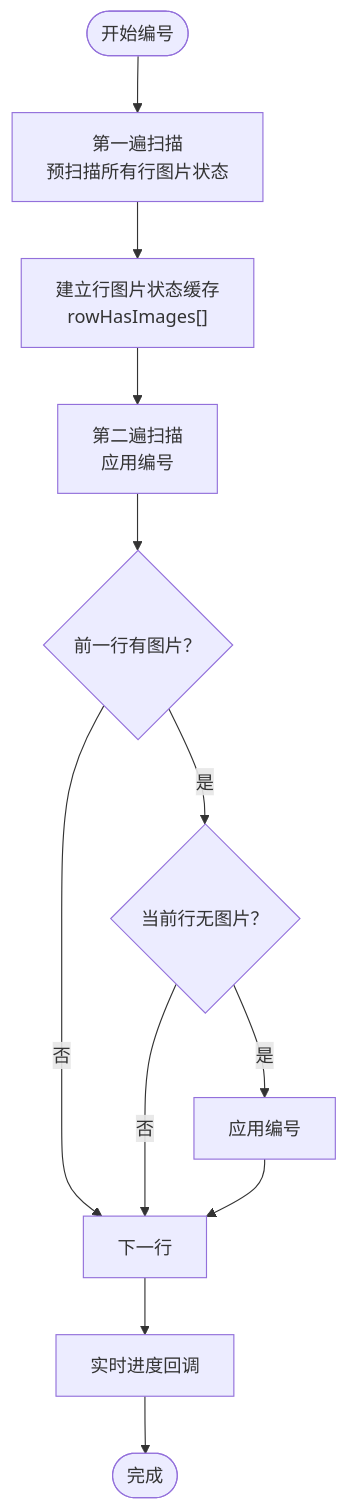
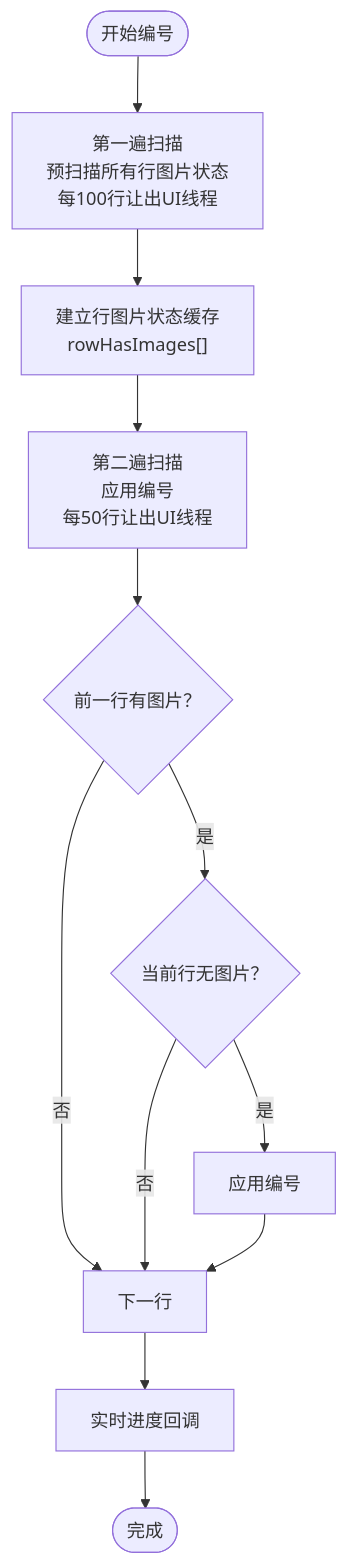
The eighth of 17 diagrams in .qoder/repowiki/zh/content/服务层/表格服务.md (rainiva/WordTools), drawn with Mermaid before and after one commit. The commit also changed other lines of this file and 5 other files, not shown here.

````diff
--- a/.qoder/repowiki/zh/content/服务层/表格服务.md
+++ b/.qoder/repowiki/zh/content/服务层/表格服务.md
@@ -429,14 +393,14 @@
 ```mermaid
 flowchart TD
-Start(["开始编号"]) --> FirstScan["第一遍扫描<br/>预扫描所有行图片状态"]
+Start(["开始编号"]) --> FirstScan["第一遍扫描<br/>预扫描所有行图片状态<br/>每100行让出UI线程"]
 FirstScan --> Cache["建立行图片状态缓存<br/>rowHasImages[]"]
-Cache --> SecondScan["第二遍扫描<br/>应用编号"]
+Cache --> SecondScan["第二遍扫描<br/>应用编号<br/>每50行让出UI线程"]
 SecondScan --> CheckPrev{"前一行有图片？"}
 CheckPrev --> |是| CheckCurrent{"当前行无图片？"}
 CheckPrev --> |否| NextRow["下一行"]
 CheckCurrent --> |是| ApplyNumber["应用编号"]
 CheckCurrent --> |否| NextRow
 ApplyNumber --> NextRow
 NextRow --> Progress["实时进度回调"]
 Progress --> End(["完成"])
 ```
````
